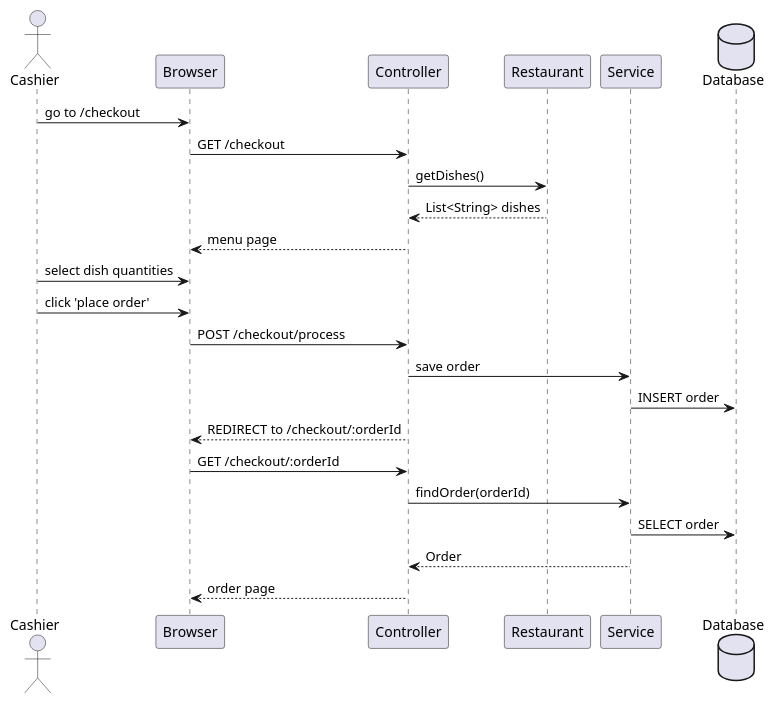
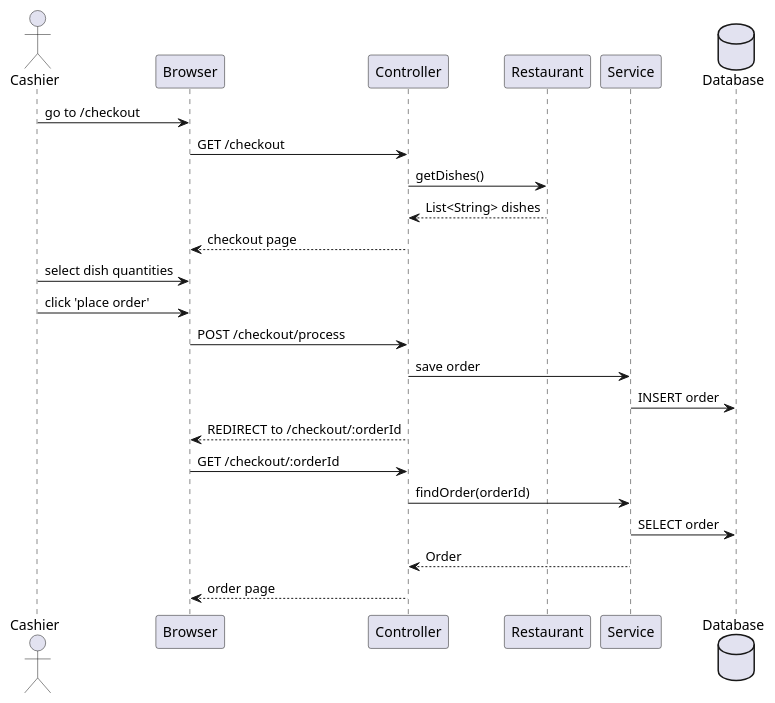
One commit to michelgrootjans/buildIT2022 changed the diagram in docs/flow.puml. Above: the diagram before and after it, drawn with PlantUML. The commit also changed 7 other files, not shown here.

```diff
--- a/docs/flow.puml
+++ b/docs/flow.puml
@@ -1,27 +1,27 @@
 @startuml
 'https://plantuml.com/sequence-diagram
 actor Cashier
 participant Browser
 participant Controller
 participant Restaurant
 participant Service
 database Database
 
 Cashier -> Browser: go to /checkout
 Browser -> Controller: GET /checkout
 Controller -> Restaurant: getDishes()
 Controller <-- Restaurant: List<String> dishes
-Browser <-- Controller: menu page
+Browser <-- Controller: checkout page
 
 Cashier -> Browser: select dish quantities
 Cashier -> Browser: click 'place order'
 Browser -> Controller: POST /checkout/process
 Controller -> Service: save order
 Service -> Database: INSERT order
 Browser <-- Controller: REDIRECT to /checkout/:orderId
 Browser -> Controller: GET /checkout/:orderId
 Controller -> Service: findOrder(orderId)
 Service -> Database: SELECT order
 Controller <-- Service: Order
 Browser <-- Controller: order page
 @enduml
```
